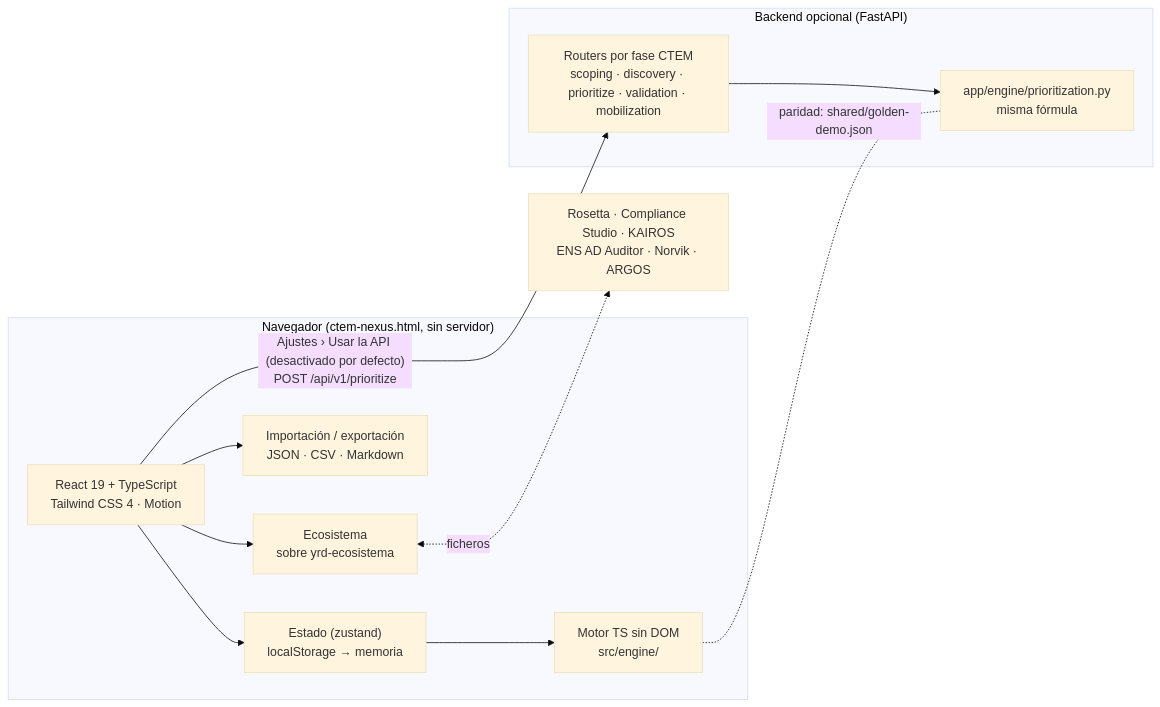
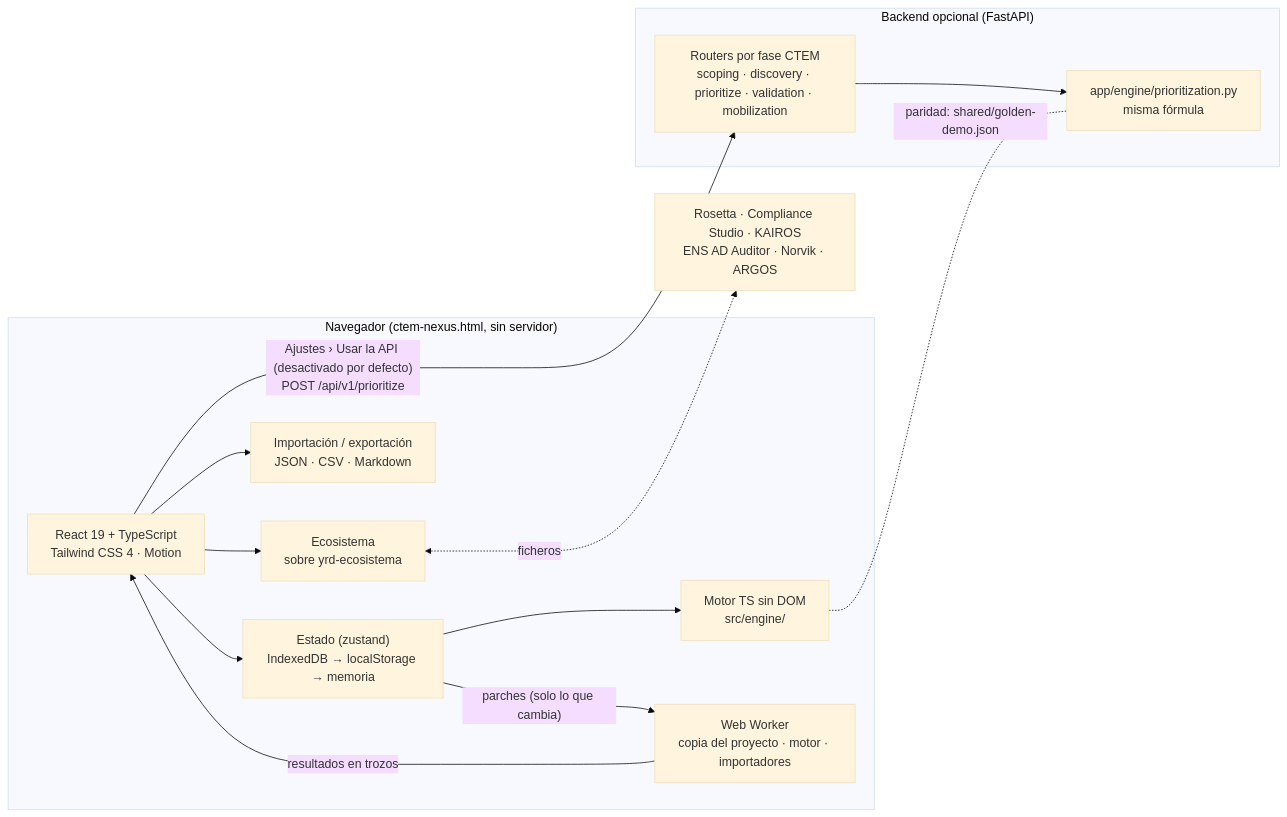
One commit to heindall92/ctem-nexus changed the diagram in docs/ARCHITECTURE.md. Above: the diagram before and after it, drawn with Mermaid (base theme). The commit also changed other lines of this file and 87 other files, not shown here.

````diff
--- a/docs/ARCHITECTURE.md
+++ b/docs/ARCHITECTURE.md
@@ -3,21 +3,24 @@
 ```mermaid
 flowchart LR
   subgraph Navegador["Navegador (ctem-nexus.html, sin servidor)"]
     UI["React 19 + TypeScript<br/>Tailwind CSS 4 · Motion"]
-    Store["Estado (zustand)<br/>localStorage → memoria"]
+    Store["Estado (zustand)<br/>IndexedDB → localStorage → memoria"]
     Engine["Motor TS sin DOM<br/>src/engine/"]
+    Worker["Web Worker<br/>copia del proyecto · motor · importadores"]
     IO["Importación / exportación<br/>JSON · CSV · Markdown"]
     Eco["Ecosistema<br/>sobre yrd-ecosistema"]
     UI --> Store --> Engine
+    Store -- "parches (solo lo que cambia)" --> Worker
+    Worker -- "resultados en trozos" --> UI
     UI --> IO
     UI --> Eco
   end
   Eco <-. "ficheros" .-> Sister["Rosetta · Compliance Studio · KAIROS<br/>ENS AD Auditor · Norvik · ARGOS"]
   subgraph API["Backend opcional (FastAPI)"]
     Routers["Routers por fase CTEM<br/>scoping · discovery · prioritize · validation · mobilization"]
     PyEngine["app/engine/prioritization.py<br/>misma fórmula"]
     Routers --> PyEngine
   end
   Engine -. "paridad: shared/golden-demo.json" .- PyEngine
   UI -- "Ajustes › Usar la API (desactivado por defecto)<br/>POST /api/v1/prioritize" --> Routers
 ```
````
